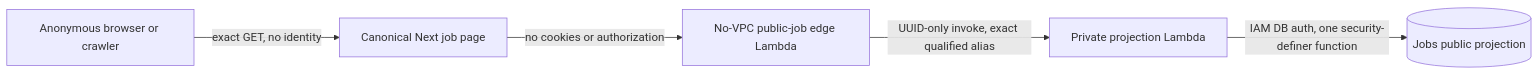
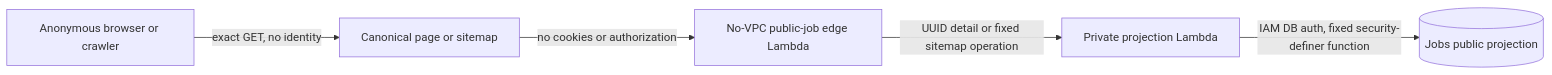
The eighth of 8 diagrams in docs/security/data-flow-and-classification.md (Vrixic/project-ai-job-apply), drawn with Mermaid before and after one commit. The commit also changed other lines of this file and 58 other files, not shown here.

````diff
--- a/docs/security/data-flow-and-classification.md
+++ b/docs/security/data-flow-and-classification.md
@@ -239,7 +239,7 @@
 ```mermaid
 flowchart LR
-  Browser[Anonymous browser or crawler] -->|exact GET, no identity| Web[Canonical Next job page]
+  Browser[Anonymous browser or crawler] -->|exact GET, no identity| Web[Canonical page or sitemap]
   Web -->|no cookies or authorization| Edge[No-VPC public-job edge Lambda]
-  Edge -->|UUID-only invoke, exact qualified alias| Reader[Private projection Lambda]
-  Reader -->|IAM DB auth, one security-definer function| Jobs[(Jobs public projection)]
+  Edge -->|UUID detail or fixed sitemap operation| Reader[Private projection Lambda]
+  Reader -->|IAM DB auth, fixed security-definer function| Jobs[(Jobs public projection)]
 ```
````
